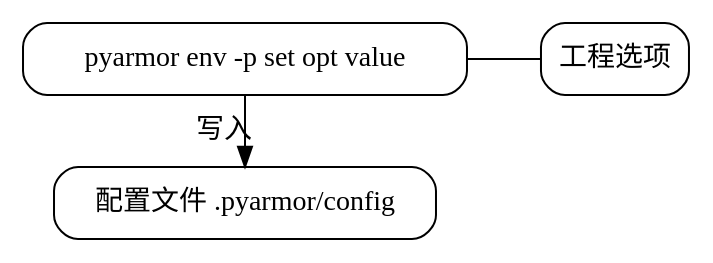
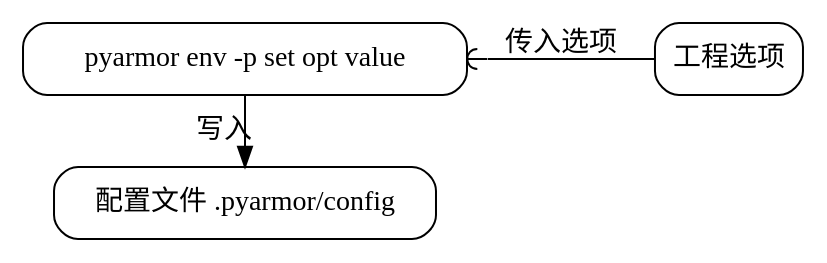
Before and after one commit to dashingsoft/dashingsoft.github.io: the fourth of 10 diagrams in pyarmor/learn/zh/commands.rst, drawn with Graphviz. The commit also changed other lines of this file, not shown here.

Commit message:
Refine graph

```diff
--- a/pyarmor/learn/zh/commands.rst
+++ b/pyarmor/learn/zh/commands.rst
@@ -94,17 +94,17 @@
 .. graphviz::
    :caption: 修改工程配置
    :align: center
    :name: g-edit-project-info
 
    digraph G {
       node [shape=box, style=rounded, target="_top"]
       rankdir=LR
 
       opts [label="工程选项"
             href="../../docs/zh/configuration.html"]
       env [label="pyarmor env -p set opt value"]
       conf [label="配置文件 .pyarmor/config"]
 
-      env -> opts [dir=none]
+      env -> opts [label="传入选项" dir=back arrowtail=curve]
       rank=same { env -> conf [label="写入"] }
    }
```
